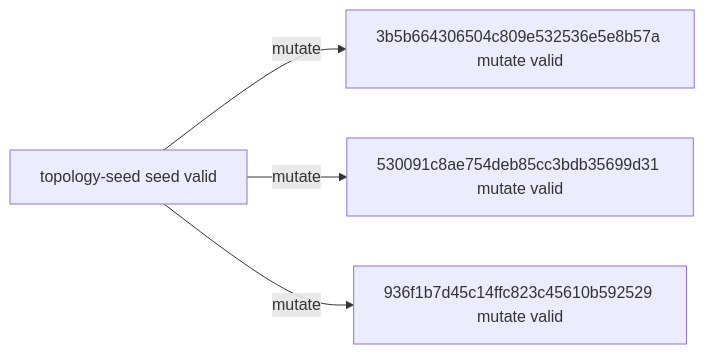
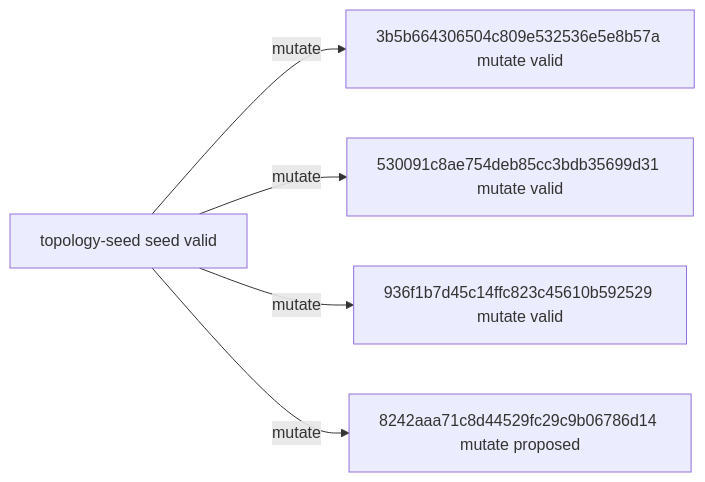
One commit to timbtz/feyer-search-lab changed the diagram in experiments/campaigns/layout-numerical-lane1/README.md. Above: the diagram before and after it, drawn with Mermaid. The commit also changed other lines of this file and 7 other files, not shown here.

````diff
--- a/experiments/campaigns/layout-numerical-lane1/README.md
+++ b/experiments/campaigns/layout-numerical-lane1/README.md
@@ -21,10 +21,12 @@
 ```mermaid
 graph LR
   n0["topology-seed seed valid"]
   n1["3b5b664306504c809e532536e5e8b57a mutate valid"]
   n2["530091c8ae754deb85cc3bdb35699d31 mutate valid"]
   n3["936f1b7d45c14ffc823c45610b592529 mutate valid"]
+  n4["8242aaa71c8d44529fc29c9b06786d14 mutate proposed"]
   n0 -->|mutate| n1
   n0 -->|mutate| n2
   n0 -->|mutate| n3
+  n0 -->|mutate| n4
 ```
````
